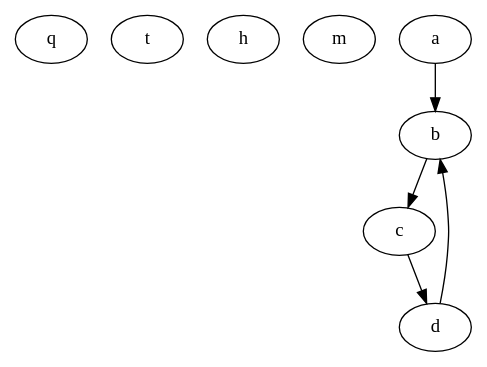
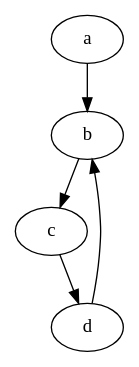
Before and after one commit to divyavijayakumar72/Data-Structure-BFS-DFS-GraphManipulations: the diagram in output.dot, drawn with Graphviz. The commit also changed 4 other files, not shown here.

```diff
--- a/output.dot
+++ b/output.dot
@@ -1,10 +1,6 @@
 digraph {
-"q"
-"t"
-"h"
-"m"
 "a" -> "b"
 "b" -> "c"
 "c" -> "d"
 "d" -> "b"
 }
```
